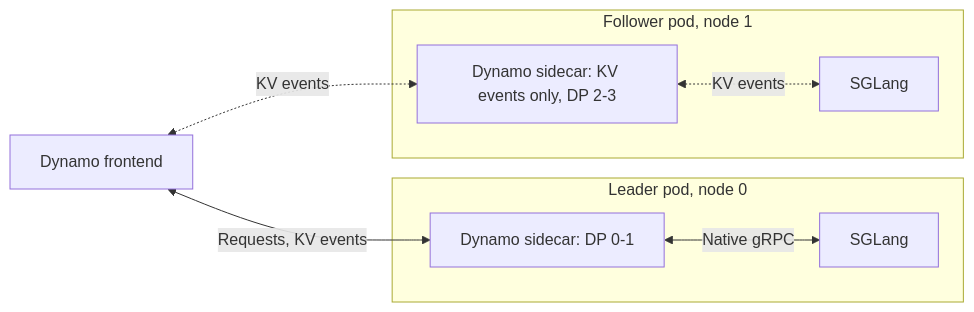
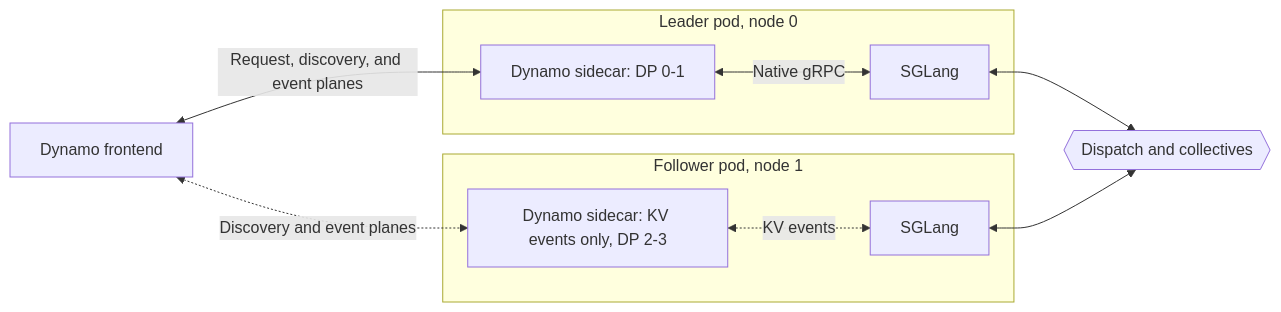
One commit to ai-dynamo/dynamo changed the third of 3 diagrams in docs/fern/pages/developer-guide/knowledge-base/modular-components/backends/sglang/sidecar.md. Above: the diagram before and after it, drawn with Mermaid. The commit also changed other lines of this file and 5 other files, not shown here.

Commit message:
docs(sidecar): label Dynamo planes and show DP collectives in topology diagrams

````diff
--- a/docs/fern/pages/developer-guide/knowledge-base/modular-components/backends/sglang/sidecar.md
+++ b/docs/fern/pages/developer-guide/knowledge-base/modular-components/backends/sglang/sidecar.md
@@ -94,11 +95,14 @@
 ```mermaid
 flowchart LR
-  F[Dynamo frontend] <-->|Requests, KV events| SL
-  F <-.->|KV events| SW
+  F[Dynamo frontend] <-->|Request, discovery, and event planes| SL
+  F <-.->|Discovery and event planes| SW
   subgraph L[Leader pod, node 0]
     SL[Dynamo sidecar: DP 0-1] <-->|Native gRPC| EL[SGLang]
   end
   subgraph W[Follower pod, node 1]
     SW[Dynamo sidecar: KV events only, DP 2-3] <-.->|KV events| EW[SGLang]
   end
+  C{{Dispatch and collectives}}
+  EL <--> C
+  EW <--> C
 ```
````
